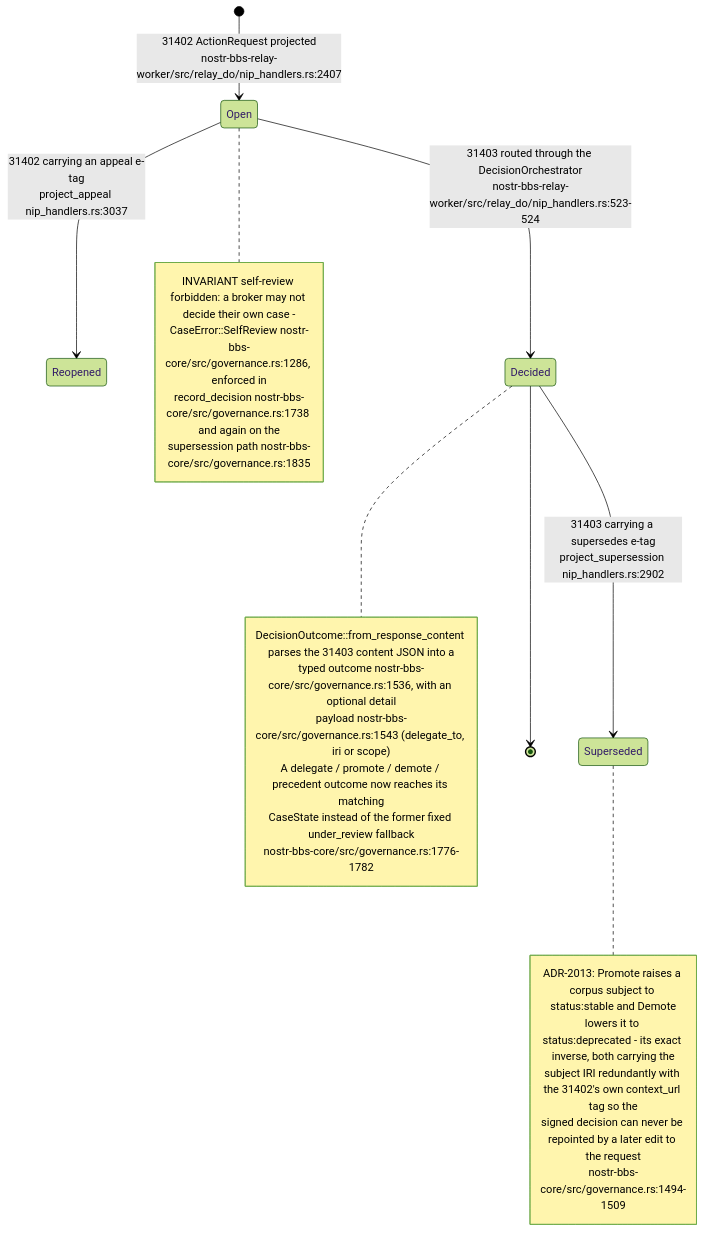
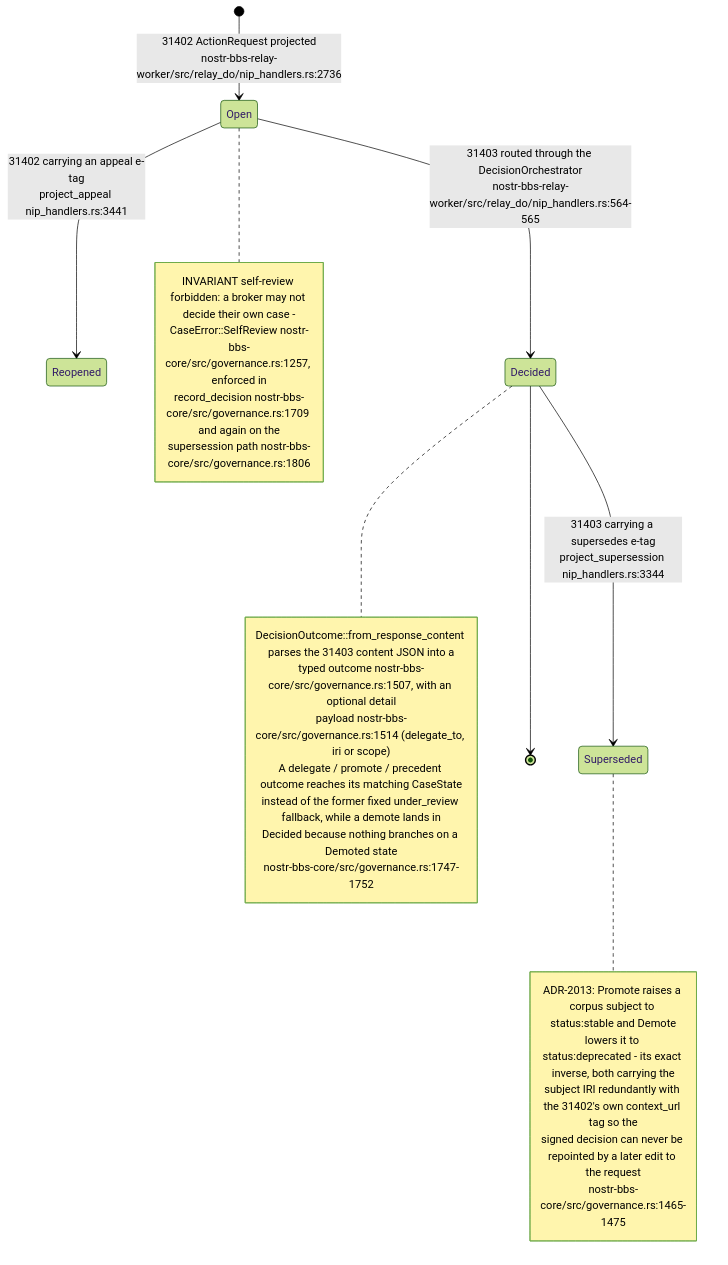
The fifth of 17 diagrams in docs/diagrams/nostr-rust-forum/06-agent-control-surface-31400-31405.md (DreamLab-AI/VisionFlow), drawn with Mermaid (forest theme) before and after one commit. The commit also changed other lines of this file and 160 other files, not shown here.

````diff
--- a/docs/diagrams/nostr-rust-forum/06-agent-control-surface-31400-31405.md
+++ b/docs/diagrams/nostr-rust-forum/06-agent-control-surface-31400-31405.md
@@ -139,30 +142,31 @@
 ```mermaid
 stateDiagram-v2
-    [*] --> Open: 31402 ActionRequest projected<br/>nostr-bbs-relay-worker/src/relay_do/nip_handlers.rs:2407
-    Open --> Reopened: 31402 carrying an appeal e-tag<br/>project_appeal nip_handlers.rs:3037
-    Open --> Decided: 31403 routed through the DecisionOrchestrator<br/>nostr-bbs-relay-worker/src/relay_do/nip_handlers.rs:523-524
-    Decided --> Superseded: 31403 carrying a supersedes e-tag<br/>project_supersession nip_handlers.rs:2902
+    [*] --> Open: 31402 ActionRequest projected<br/>nostr-bbs-relay-worker/src/relay_do/nip_handlers.rs:2736
+    Open --> Reopened: 31402 carrying an appeal e-tag<br/>project_appeal nip_handlers.rs:3441
+    Open --> Decided: 31403 routed through the DecisionOrchestrator<br/>nostr-bbs-relay-worker/src/relay_do/nip_handlers.rs:564-565
+    Decided --> Superseded: 31403 carrying a supersedes e-tag<br/>project_supersession nip_handlers.rs:3344
     Decided --> [*]
 
     note right of Decided
         DecisionOutcome::from_response_content parses the 31403 content JSON into a
-        typed outcome nostr-bbs-core/src/governance.rs:1536, with an optional detail
-        payload nostr-bbs-core/src/governance.rs:1543 (delegate_to, iri or scope)
-        A delegate / promote / demote / precedent outcome now reaches its matching
-        CaseState instead of the former fixed under_review fallback
-        nostr-bbs-core/src/governance.rs:1776-1782
+        typed outcome nostr-bbs-core/src/governance.rs:1507, with an optional detail
+        payload nostr-bbs-core/src/governance.rs:1514 (delegate_to, iri or scope)
+        A delegate / promote / precedent outcome reaches its matching CaseState
+        instead of the former fixed under_review fallback, while a demote lands in
+        Decided because nothing branches on a Demoted state
+        nostr-bbs-core/src/governance.rs:1747-1752
     end note
     note right of Open
         INVARIANT self-review forbidden: a broker may not decide their own case -
-        CaseError::SelfReview nostr-bbs-core/src/governance.rs:1286, enforced in
-        record_decision nostr-bbs-core/src/governance.rs:1738 and again on the
-        supersession path nostr-bbs-core/src/governance.rs:1835
+        CaseError::SelfReview nostr-bbs-core/src/governance.rs:1257, enforced in
+        record_decision nostr-bbs-core/src/governance.rs:1709 and again on the
+        supersession path nostr-bbs-core/src/governance.rs:1806
     end note
     note right of Superseded
         ADR-2013: Promote raises a corpus subject to status:stable and Demote
         lowers it to status:deprecated - its exact inverse, both carrying the
         subject IRI redundantly with the 31402's own context_url tag so the
         signed decision can never be repointed by a later edit to the request
-        nostr-bbs-core/src/governance.rs:1494-1509
+        nostr-bbs-core/src/governance.rs:1465-1475
     end note
 ```
````
